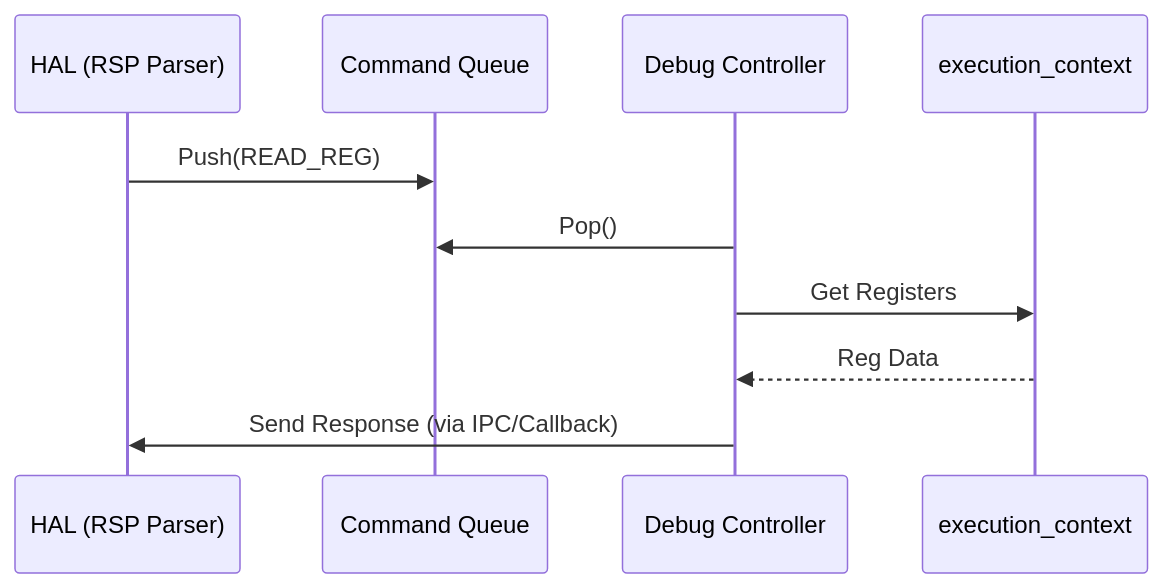
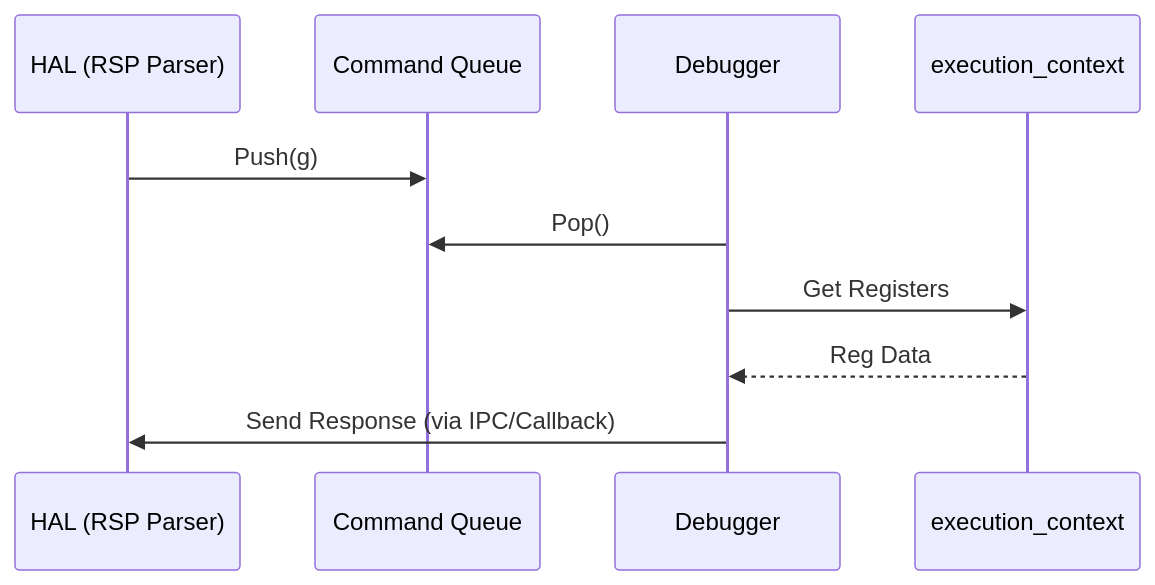
The fourth of 4 diagrams in docs/components/tier2_runtime/debug_manager.md (kmt-t/fireball), drawn with Mermaid before and after one commit. The commit also changed other lines of this file and 18 other files, not shown here.

Commit message:
docs: harmonize component diagrams, state transitions, and symlinks across specifications

````diff
--- a/docs/components/tier2_runtime/debug_manager.md
+++ b/docs/components/tier2_runtime/debug_manager.md
@@ -143,13 +143,13 @@
 ```mermaid
 sequenceDiagram
     participant HAL as HAL (RSP Parser)
     participant Q as Command Queue
-    participant Ctrl as Debug Controller
+    participant Ctrl as Debugger
     participant vSoC as execution_context
 
-    HAL->>Q: Push(READ_REG)
+    HAL->>Q: Push(g)
     Ctrl->>Q: Pop()
     Ctrl->>vSoC: Get Registers
     vSoC-->>Ctrl: Reg Data
     Ctrl->>HAL: Send Response (via IPC/Callback)
 ```
````
